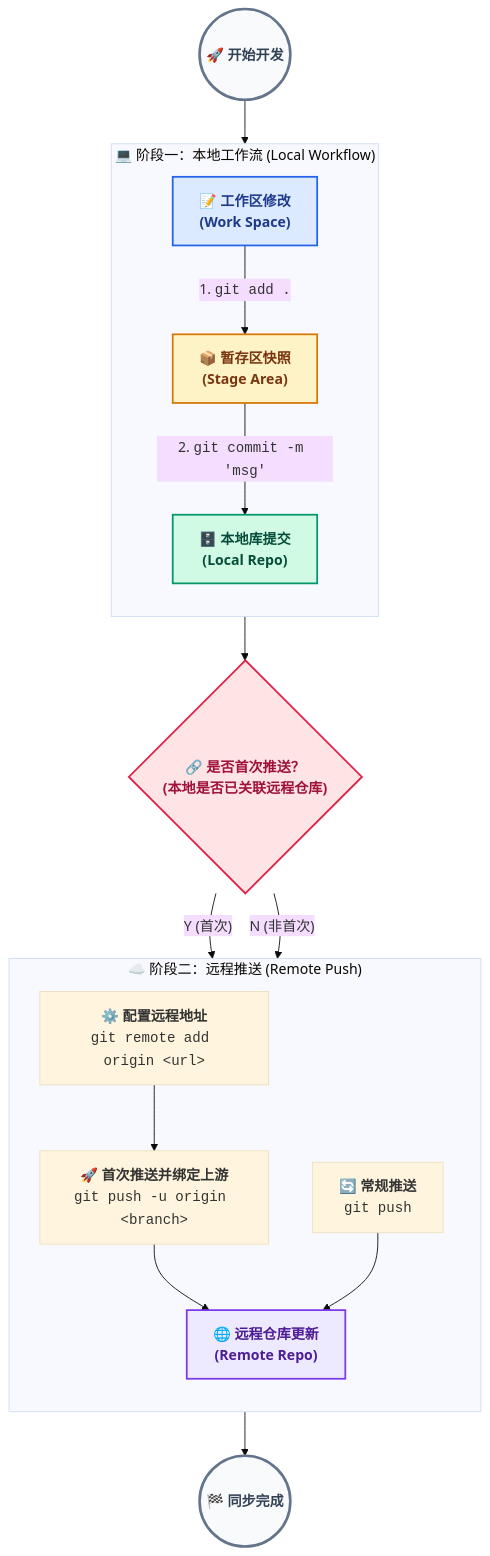
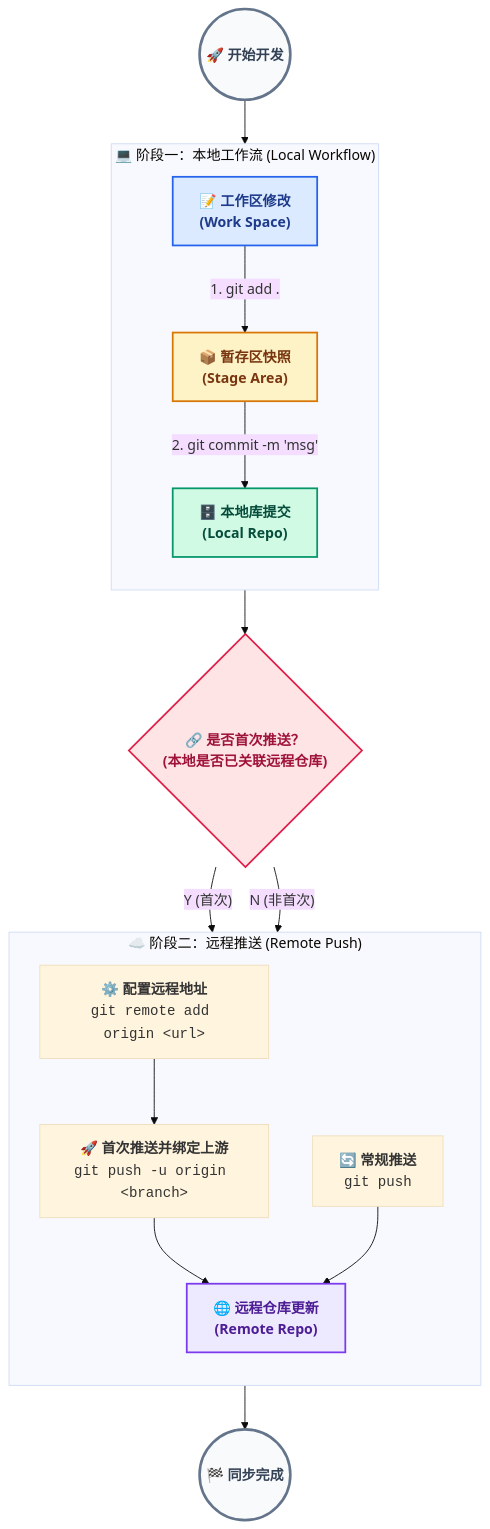
Diagram 21 of 23 in _posts/software/git/2024-09-24-git使用.md (dmjcb/dmjcb.github.io), drawn with Mermaid (base theme) before and after one commit. The commit also changed other lines of this file, not shown here.

````diff
--- a/_posts/software/git/2024-09-24-git使用.md
+++ b/_posts/software/git/2024-09-24-git使用.md
@@ -1286,50 +1285,50 @@
 ```mermaid
 flowchart TD
     %% 样式定义 (延续前文色彩体系)
     classDef startEnd fill:#f8fafc,stroke:#64748b,stroke-width:3px,color:#334155,font-weight:bold,font-size:16px;
     classDef ws fill:#dbeafe,stroke:#2563eb,stroke-width:2px,color:#1e3a8a,font-weight:bold;
     classDef sa fill:#fef3c7,stroke:#d97706,stroke-width:2px,color:#78350f,font-weight:bold;
     classDef lr fill:#d1fae5,stroke:#059669,stroke-width:2px,color:#064e3b,font-weight:bold;
     classDef rr fill:#ede9fe,stroke:#7c3aed,stroke-width:2px,color:#4c1d95,font-weight:bold;
     classDef decision fill:#ffe4e6,stroke:#e11d48,stroke-width:2px,color:#9f1239,font-weight:bold;
 
     Start(("🚀 开始开发"))
     End(("🏁 同步完成"))
 
     subgraph Local ["💻 阶段一：本地工作流 (Local Workflow)"]
         direction TB
         WS["📝 <b>工作区修改</b><br/>(Work Space)"]
         SA["📦 <b>暂存区快照</b><br/>(Stage Area)"]
         LR["🗄️ <b>本地库提交</b><br/>(Local Repo)"]
         
-        WS -- "1. <code>git add .</code>" --> SA
-        SA -- "2. <code>git commit -m 'msg'</code>" --> LR
+        WS -- "1. git add ." --> SA
+        SA -- "2. git commit -m 'msg'" --> LR
     end
 
     Decision{"🔗 是否首次推送？<br/>(本地是否已关联远程仓库)"}
 
     subgraph Remote ["☁️ 阶段二：远程推送 (Remote Push)"]
         direction TB
         SetRemote["⚙️ <b>配置远程地址</b><br/><code>git remote add origin &lt;url&gt;</code>"]
         PushFirst["🚀 <b>首次推送并绑定上游</b><br/><code>git push -u origin &lt;branch&gt;</code>"]
         PushNormal["🔄 <b>常规推送</b><br/><code>git push</code>"]
         RR["🌐 <b>远程仓库更新</b><br/>(Remote Repo)"]
     end
 
     %% 连线
     Start --> WS
     LR --> Decision
     
     Decision -- "Y (首次)" --> SetRemote --> PushFirst --> RR
     Decision -- "N (非首次)" --> PushNormal --> RR
     
     RR --> End
 
     %% 应用样式
     class Start,End startEnd;
     class WS ws;
     class SA sa;
     class LR lr;
     class RR rr;
     class Decision decision;
 ```
````
